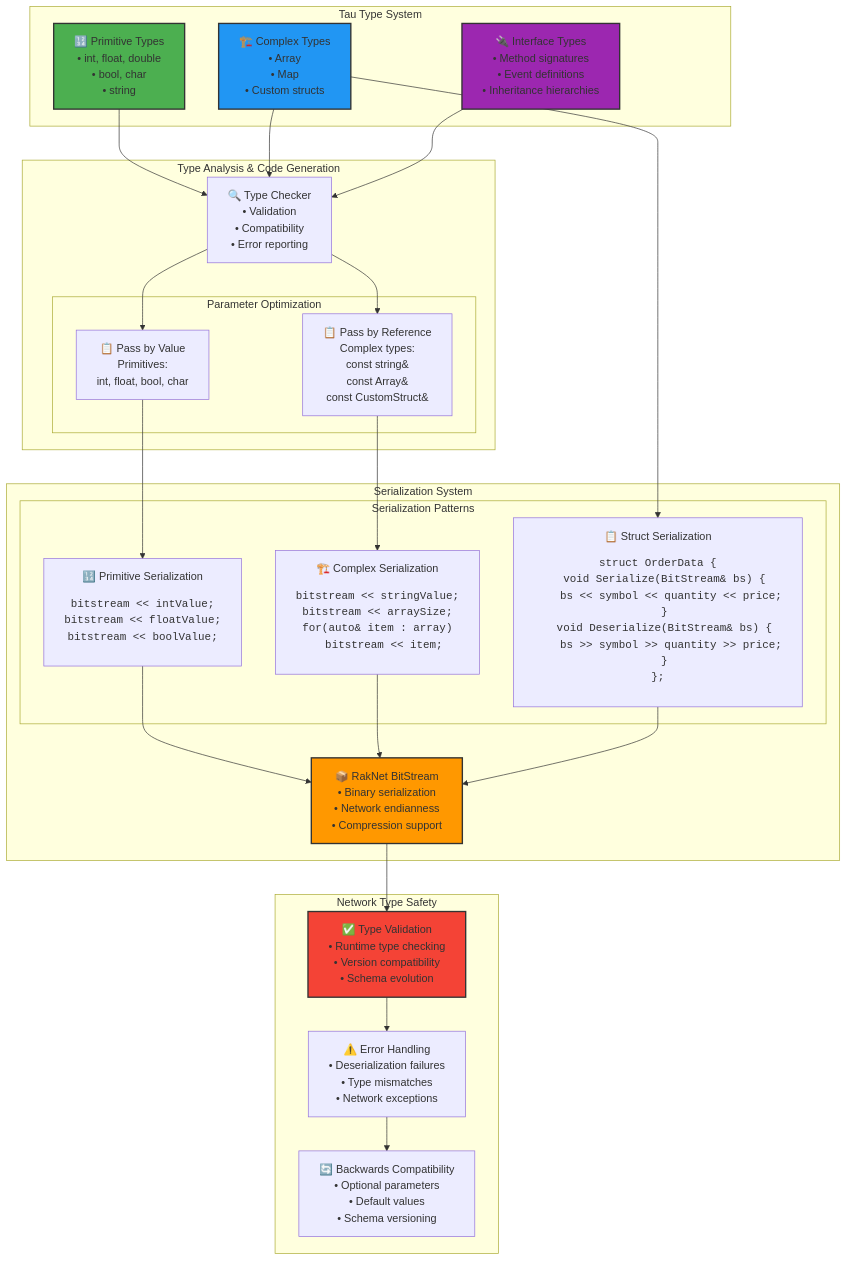
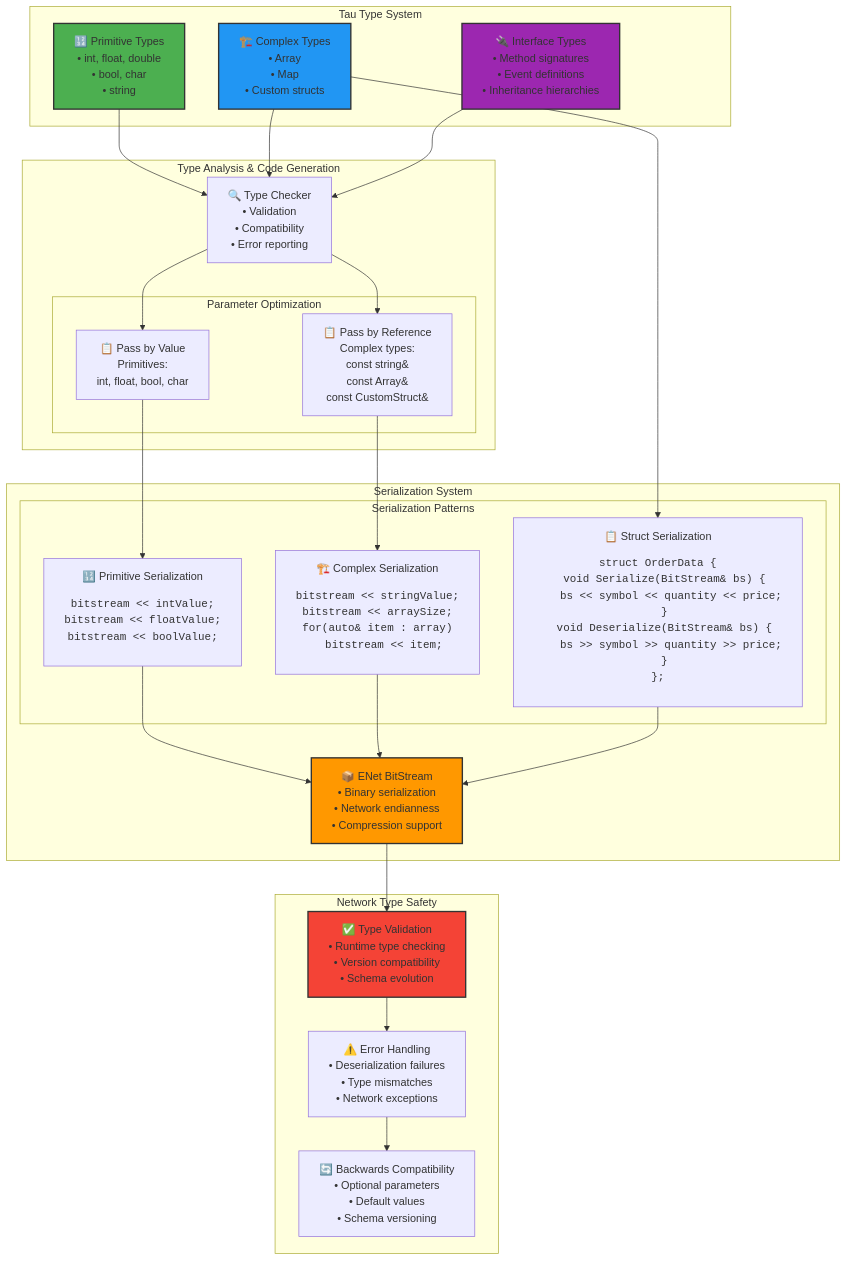
Before and after one commit to cschladetsch/CppKAI: the seventh of 7 diagrams in Doc/TauArchitectureDiagrams.md, drawn with Mermaid. The commit also changed other lines of this file and 136 other files, not shown here.

Commit message:
Remove RakNet and add ENet transport abstraction

````diff
--- a/Doc/TauArchitectureDiagrams.md
+++ b/Doc/TauArchitectureDiagrams.md
@@ -445,60 +445,60 @@
 ```mermaid
 graph TB
     subgraph "Tau Type System"
         PRIMITIVE["🔢 Primitive Types<br/>• int, float, double<br/>• bool, char<br/>• string"]
         COMPLEX["🏗️ Complex Types<br/>• Array<br/>• Map<br/>• Custom structs"]
         INTERFACES["🔌 Interface Types<br/>• Method signatures<br/>• Event definitions<br/>• Inheritance hierarchies"]
     end
     
     subgraph "Type Analysis & Code Generation"
         TYPE_CHECKER["🔍 Type Checker<br/>• Validation<br/>• Compatibility<br/>• Error reporting"]
         
         subgraph "Parameter Optimization"
             PASS_BY_VALUE["📋 Pass by Value<br/>Primitives:<br/>int, float, bool, char"]
             PASS_BY_REF["📋 Pass by Reference<br/>Complex types:<br/>const string&<br/>const Array&<br/>const CustomStruct&"]
         end
     end
     
     subgraph "Serialization System"
-        BITSTREAM["📦 RakNet BitStream<br/>• Binary serialization<br/>• Network endianness<br/>• Compression support"]
+        BITSTREAM["📦 ENet BitStream<br/>• Binary serialization<br/>• Network endianness<br/>• Compression support"]
         
         subgraph "Serialization Patterns"
             PRIMITIVE_SERIAL["🔢 Primitive Serialization<br/><pre><code>bitstream << intValue;<br/>bitstream << floatValue;<br/>bitstream << boolValue;</code></pre>"]
             
             COMPLEX_SERIAL["🏗️ Complex Serialization<br/><pre><code>bitstream << stringValue;<br/>bitstream << arraySize;<br/>for(auto& item : array)<br/>  bitstream << item;</code></pre>"]
             
             STRUCT_SERIAL["📋 Struct Serialization<br/><pre><code>struct OrderData {<br/>  void Serialize(BitStream& bs) {<br/>    bs << symbol << quantity << price;<br/>  }<br/>  void Deserialize(BitStream& bs) {<br/>    bs >> symbol >> quantity >> price;<br/>  }<br/>};</code></pre>"]
         end
     end
     
     subgraph "Network Type Safety"
         TYPE_VALIDATION["✅ Type Validation<br/>• Runtime type checking<br/>• Version compatibility<br/>• Schema evolution"]
         ERROR_HANDLING["⚠️ Error Handling<br/>• Deserialization failures<br/>• Type mismatches<br/>• Network exceptions"]
         BACKWARDS_COMPAT["🔄 Backwards Compatibility<br/>• Optional parameters<br/>• Default values<br/>• Schema versioning"]
     end
     
     PRIMITIVE --> TYPE_CHECKER
     COMPLEX --> TYPE_CHECKER
     INTERFACES --> TYPE_CHECKER
     
     TYPE_CHECKER --> PASS_BY_VALUE
     TYPE_CHECKER --> PASS_BY_REF
     
     PASS_BY_VALUE --> PRIMITIVE_SERIAL
     PASS_BY_REF --> COMPLEX_SERIAL
     COMPLEX --> STRUCT_SERIAL
     
     PRIMITIVE_SERIAL --> BITSTREAM
     COMPLEX_SERIAL --> BITSTREAM
     STRUCT_SERIAL --> BITSTREAM
     
     BITSTREAM --> TYPE_VALIDATION
     TYPE_VALIDATION --> ERROR_HANDLING
     ERROR_HANDLING --> BACKWARDS_COMPAT
     
     style PRIMITIVE fill:#4caf50,stroke:#333,stroke-width:2px
     style COMPLEX fill:#2196f3,stroke:#333,stroke-width:2px
     style INTERFACES fill:#9c27b0,stroke:#333,stroke-width:2px
     style BITSTREAM fill:#ff9800,stroke:#333,stroke-width:2px
     style TYPE_VALIDATION fill:#f44336,stroke:#333,stroke-width:2px
 ```
````
